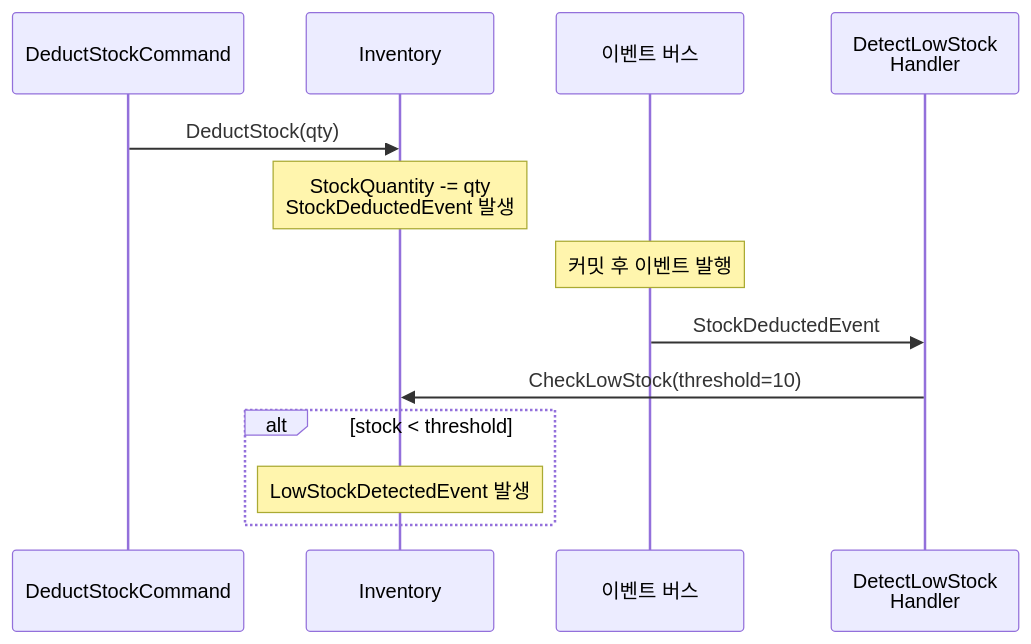
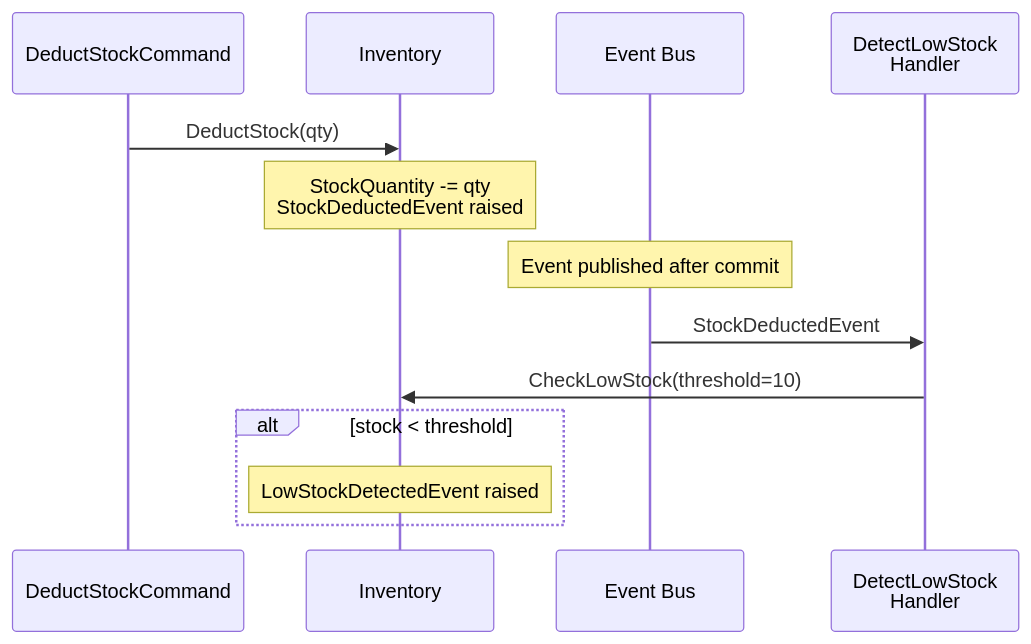
Before and after one commit to hhko/Functorium: the third of 3 diagrams in Docs.Site/src/content/docs/samples/ecommerce-ddd/application/00-business-requirements.md, drawn with Mermaid. The commit also changed other lines of this file and 39 other files, not shown here.

Commit message:
docs(i18n): ecommerce-ddd 샘플, architecture-rules 튜토리얼, specification 서론 영문 번역

````diff
--- a/Docs.Site/src/content/docs/samples/ecommerce-ddd/application/00-business-requirements.md
+++ b/Docs.Site/src/content/docs/samples/ecommerce-ddd/application/00-business-requirements.md
@@ -125,18 +125,18 @@
 ```mermaid
 sequenceDiagram
     participant Cmd as DeductStockCommand
     participant Inv as Inventory
-    participant Bus as 이벤트 버스
+    participant Bus as Event Bus
     participant Handler as DetectLowStock<br/>Handler
 
     Cmd->>Inv: DeductStock(qty)
-    Note over Inv: StockQuantity -= qty<br/>StockDeductedEvent 발생
+    Note over Inv: StockQuantity -= qty<br/>StockDeductedEvent raised
 
-    Note over Bus: 커밋 후 이벤트 발행
+    Note over Bus: Event published after commit
 
     Bus->>Handler: StockDeductedEvent
     Handler->>Inv: CheckLowStock(threshold=10)
     alt stock < threshold
-        Note over Inv: LowStockDetectedEvent 발생
+        Note over Inv: LowStockDetectedEvent raised
     end
 ```
````
